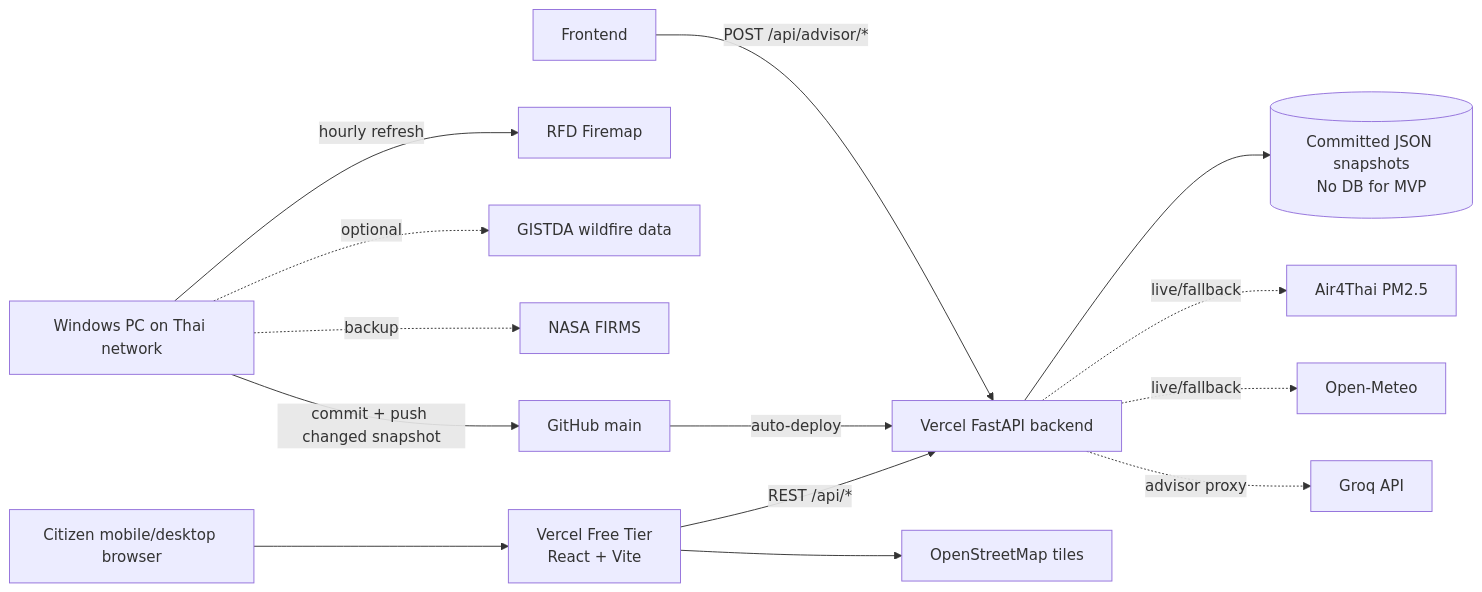
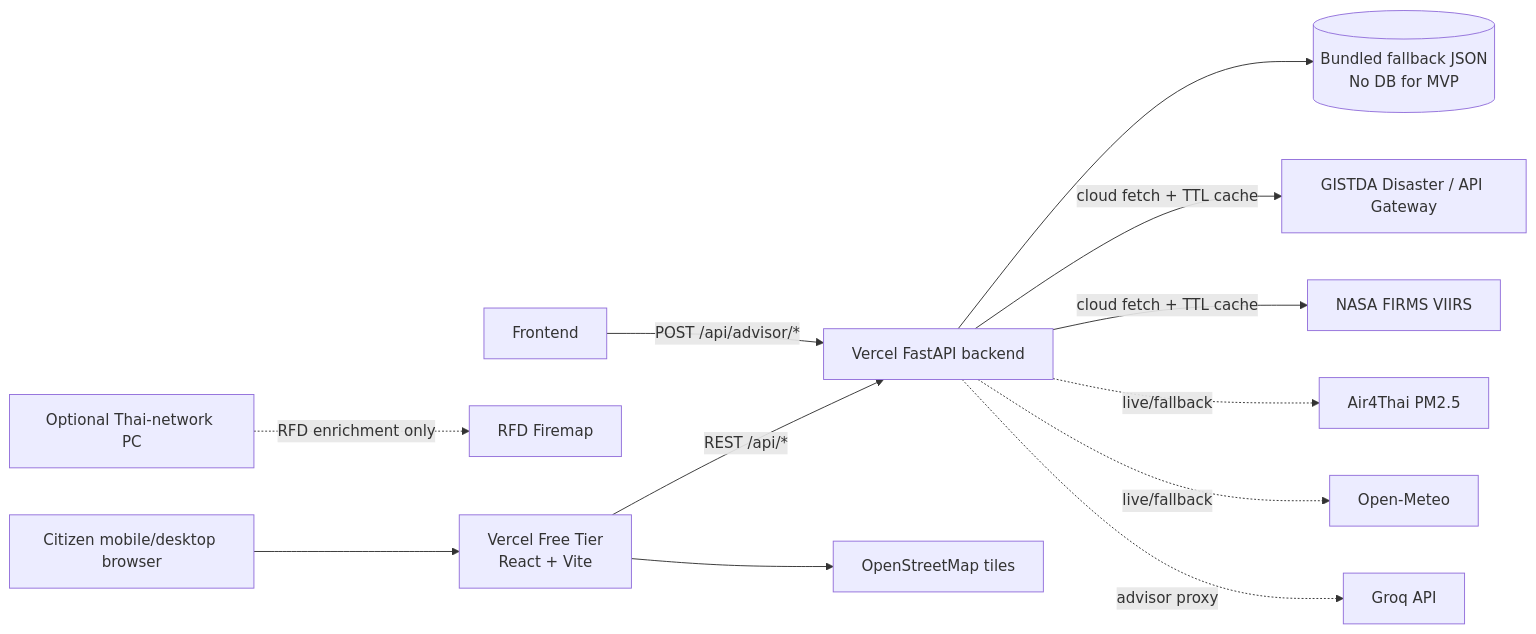
The diagram in docs/ARCHITECTURE.md (67010655/ChiangMaiEyes), drawn with Mermaid before and after one commit. The commit also changed other lines of this file and 9 other files, not shown here.

Commit message:
feat: make hotspots cloud-first without RFD dependency

````diff
--- a/docs/ARCHITECTURE.md
+++ b/docs/ARCHITECTURE.md
@@ -5,16 +5,14 @@
 ```mermaid
 flowchart LR
   Citizen[Citizen mobile/desktop browser] --> Vercel[Vercel Free Tier\nReact + Vite]
   Vercel -->|REST /api/*| Backend[Vercel FastAPI backend]
-  Backend --> Cache[(Committed JSON snapshots\nNo DB for MVP)]
-  ThaiPC[Windows PC on Thai network] -->|hourly refresh| RFD[RFD Firemap]
-  ThaiPC -. optional .-> GISTDA[GISTDA wildfire data]
-  ThaiPC -. backup .-> FIRMS[NASA FIRMS]
-  ThaiPC -->|commit + push changed snapshot| GitHub[GitHub main]
-  GitHub -->|auto-deploy| Backend
+  Backend --> Cache[(Bundled fallback JSON\nNo DB for MVP)]
+  Backend -->|cloud fetch + TTL cache| GISTDA[GISTDA Disaster / API Gateway]
+  Backend -->|cloud fetch + TTL cache| FIRMS[NASA FIRMS VIIRS]
+  ThaiPC[Optional Thai-network PC] -. RFD enrichment only .-> RFD[RFD Firemap]
   Backend -. live/fallback .-> Air4Thai[Air4Thai PM2.5]
   Backend -. live/fallback .-> OpenMeteo[Open-Meteo]
   Frontend -->|POST /api/advisor/*| Backend
   Backend -. advisor proxy .-> Groq[Groq API]
   Vercel --> OSM[OpenStreetMap tiles]
 ```
````
